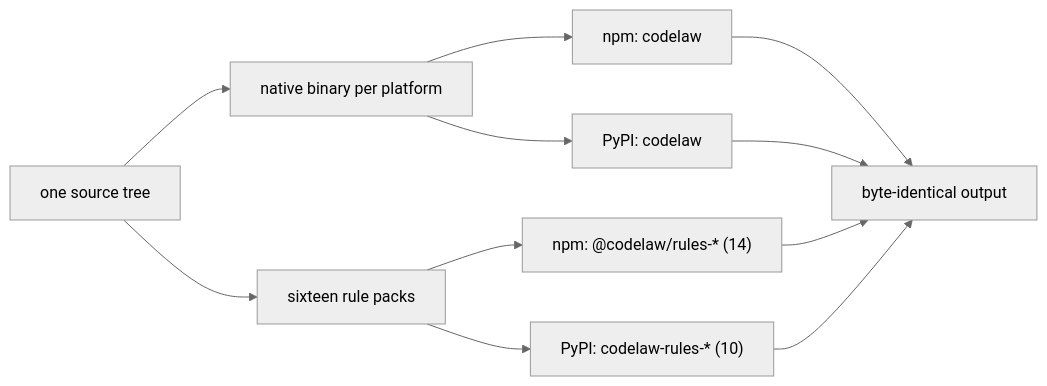
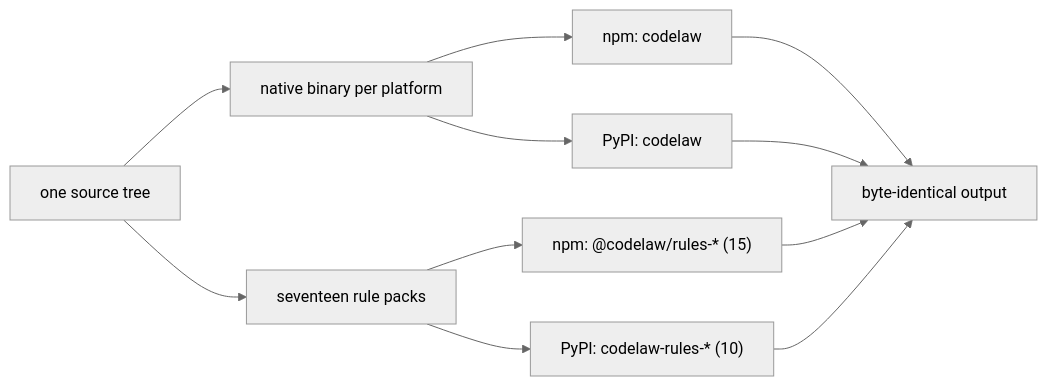
Before and after one commit to arpitarya/codelaw: the diagram in records/0008_LAW-6-python-and-node-packages.md, drawn with Mermaid (neutral theme). The commit also changed other lines of this file and 69 other files, not shown here.

First line of the commit message:
W-63: CSS Modules — [css] modules, the css/* rules read module syntax, the graph joins styles.x with module classes, the npm-only css-modules pack

````diff
--- a/records/0008_LAW-6-python-and-node-packages.md
+++ b/records/0008_LAW-6-python-and-node-packages.md
@@ -31,13 +31,13 @@
 ```mermaid
 flowchart LR
     B["one source tree"] --> X["native binary per platform"]
     X --> N["npm: codelaw"]
     X --> Y["PyPI: codelaw"]
-    B --> R["sixteen rule packs"]
-    R --> N2["npm: @codelaw/rules-* (14)"]
+    B --> R["seventeen rule packs"]
+    R --> N2["npm: @codelaw/rules-* (15)"]
     R --> Y2["PyPI: codelaw-rules-* (10)"]
     N --> O["byte-identical output"]
     Y --> O
     N2 --> O
     Y2 --> O
 ```
````
